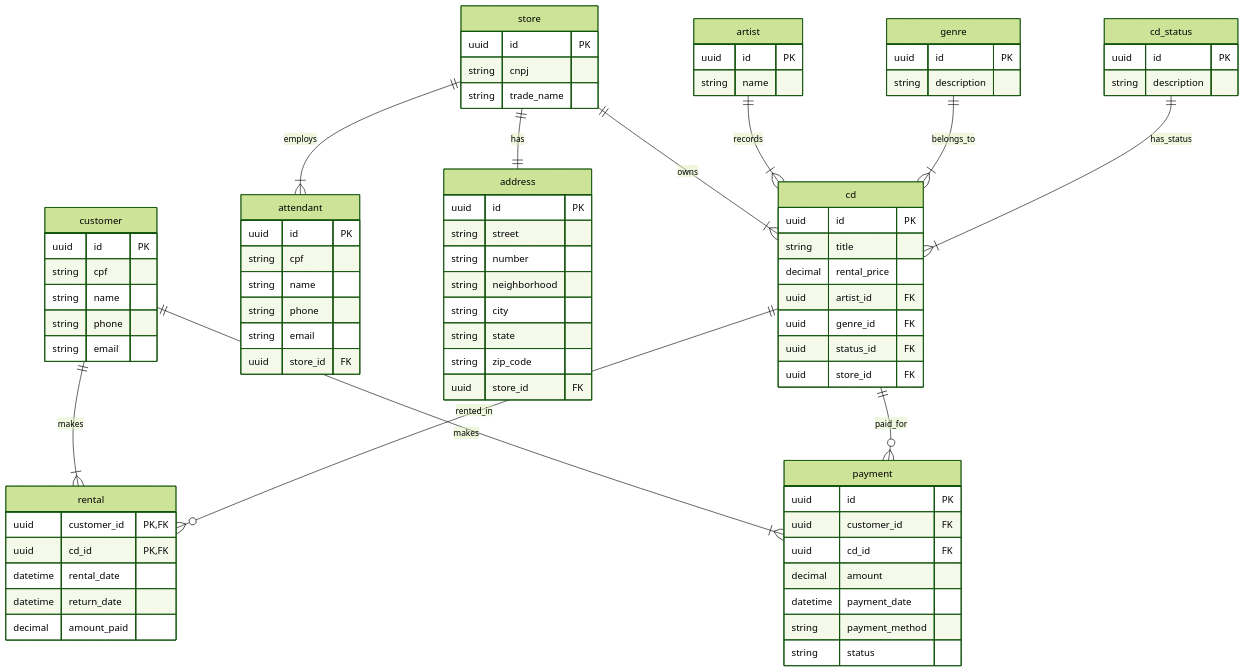
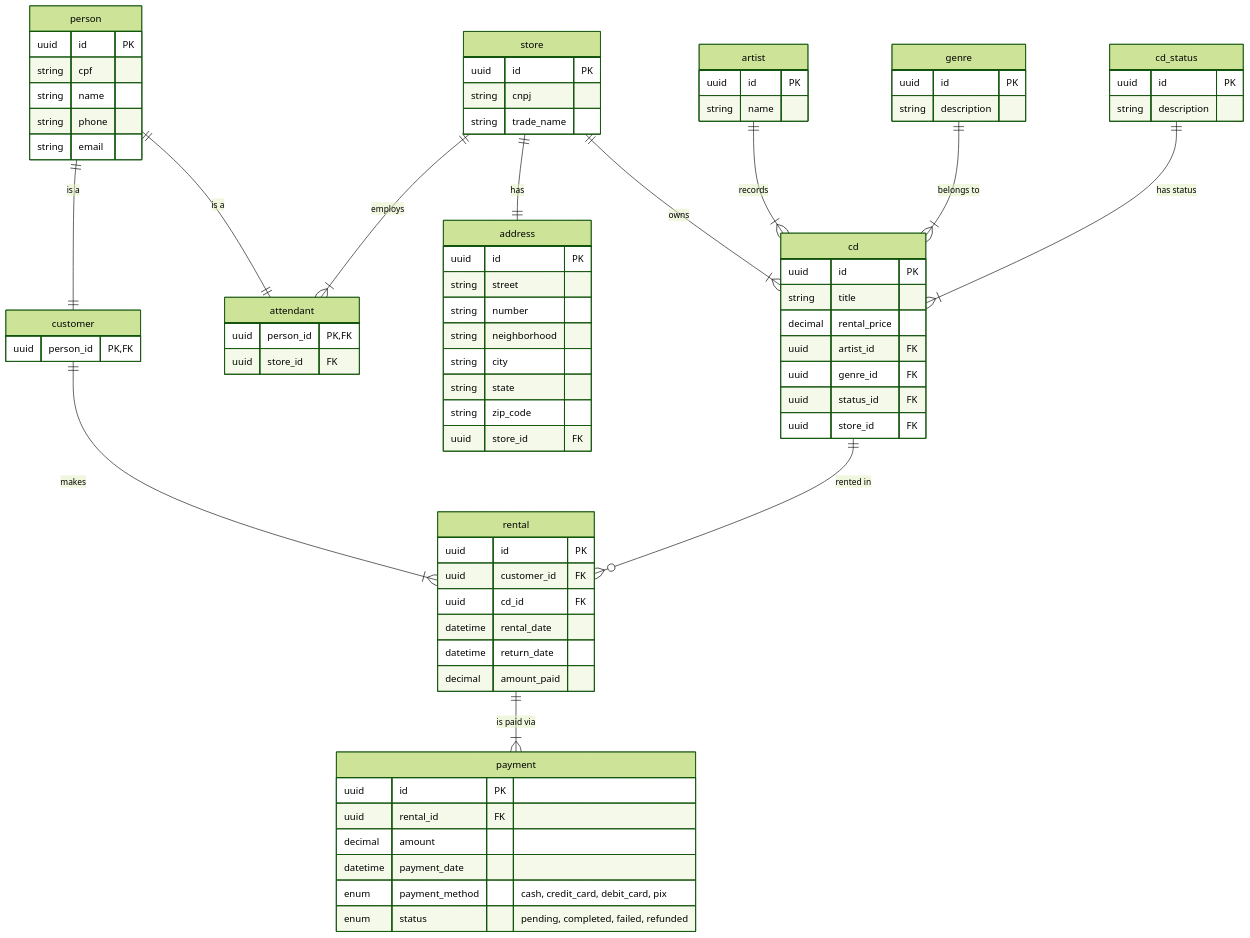
Before and after one commit to joaomarcosmb/cd-rental: the diagram in README.md, drawn with Mermaid (forest theme).

Commit message:
refactor: update ER diagram to improve entity relationships

````diff
--- a/README.md
+++ b/README.md
@@ -2,6 +2,6 @@
 ```mermaid
 erDiagram
-    customer {
+    person {
         uuid id PK
         string cpf
         string name
@@ -9,12 +9,12 @@
         string email
     }
 
+    customer {
+        uuid person_id PK,FK
+    }
+
     attendant {
-        uuid id PK
-        string cpf
-        string name
-        string phone
-        string email
+        uuid person_id PK,FK
         uuid store_id FK
     }
 
@@ -46,8 +46,9 @@
     }
 
     rental {
-        uuid customer_id PK,FK
-        uuid cd_id PK,FK
+        uuid id PK
+        uuid customer_id FK
+        uuid cd_id FK
         datetime rental_date
         datetime return_date
         decimal amount_paid
@@ -70,25 +71,26 @@
 
     payment {
         uuid id PK
-        uuid customer_id FK
-        uuid cd_id FK
+        uuid rental_id FK
         decimal amount
         datetime payment_date
-        string payment_method
-        string status
+        enum payment_method "cash, credit_card, debit_card, pix"
+        enum status "pending, completed, failed, refunded"
     }
 
+    person ||--|| customer : "is a"
+    person ||--|| attendant : "is a"
+    
     store ||--|{ attendant : "employs"
     store ||--|| address : "has"
     store ||--|{ cd : "owns"
 
     artist ||--|{ cd : "records"
-    genre ||--|{ cd : "belongs_to"
-    cd_status ||--|{ cd : "has_status"
+    genre ||--|{ cd : "belongs to"
+    cd_status ||--|{ cd : "has status"
 
     customer ||--|{ rental : "makes"
-    cd ||--o{ rental : "rented_in"
+    cd ||--o{ rental : "rented in"
     
-    customer ||--|{ payment : "makes"
-    cd ||--o{ payment : "paid_for"
+    rental ||--|{ payment : "is paid via"
 ```
````
